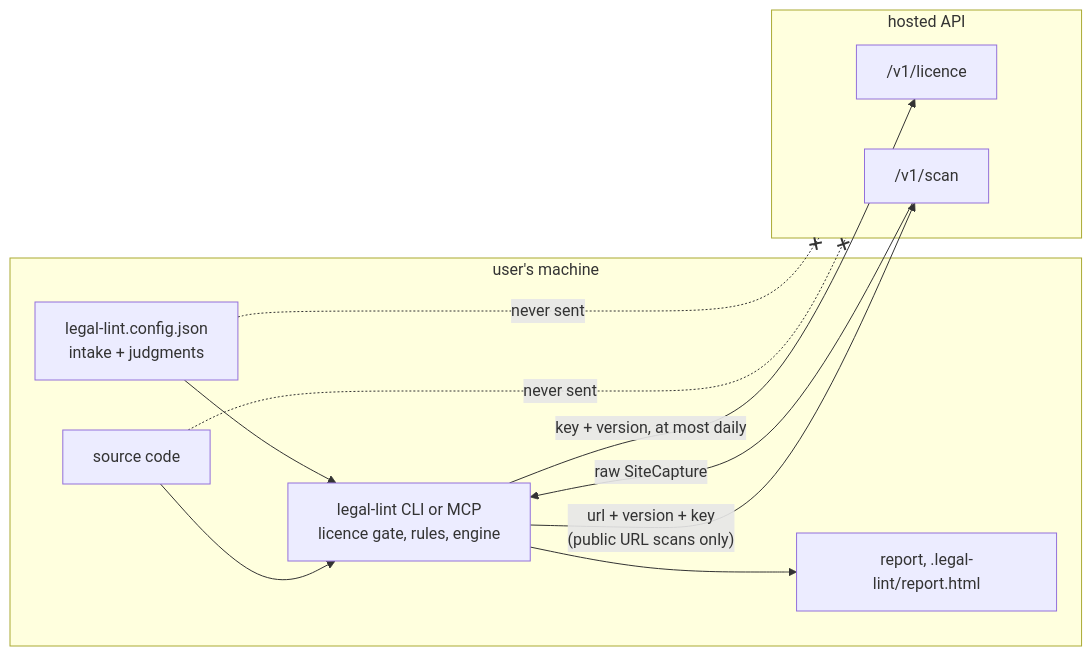
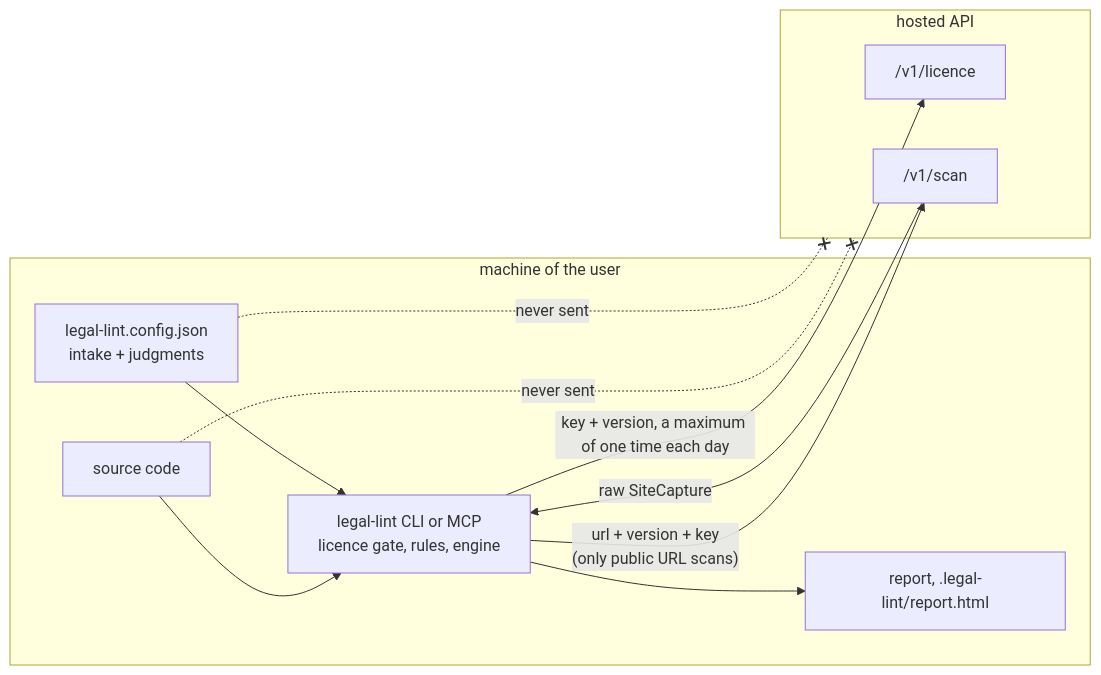
Before and after one commit to raghavg27/legal-linter: the ninth of 13 diagrams in docs/architecture.md, drawn with Mermaid. The commit also changed other lines of this file and 7 other files, not shown here.

Commit message:
docs: rewrite README, CLAUDE.md, contributor docs and architecture diagrams in ASD-STE100 style

````diff
--- a/docs/architecture.md
+++ b/docs/architecture.md
@@ -219,21 +219,21 @@
 ```mermaid
 flowchart LR
-  subgraph machine["user's machine"]
+  subgraph machine["machine of the user"]
     src["source code"]
     cfg["legal-lint.config.json<br/>intake + judgments"]
     eng["legal-lint CLI or MCP<br/>licence gate, rules, engine"]
     rep["report, .legal-lint/report.html"]
   end
   subgraph cloud["hosted API"]
     lic["/v1/licence"]
     scan["/v1/scan"]
   end
-  eng -->|"key + version, at most daily"| lic
-  eng -->|"url + version + key<br/>(public URL scans only)"| scan
+  eng -->|"key + version, a maximum of one time each day"| lic
+  eng -->|"url + version + key<br/>(only public URL scans)"| scan
   scan -->|"raw SiteCapture"| eng
   src --> eng
   cfg --> eng
   eng --> rep
   src -. "never sent" .-x cloud
   cfg -. "never sent" .-x cloud
 ```
````
